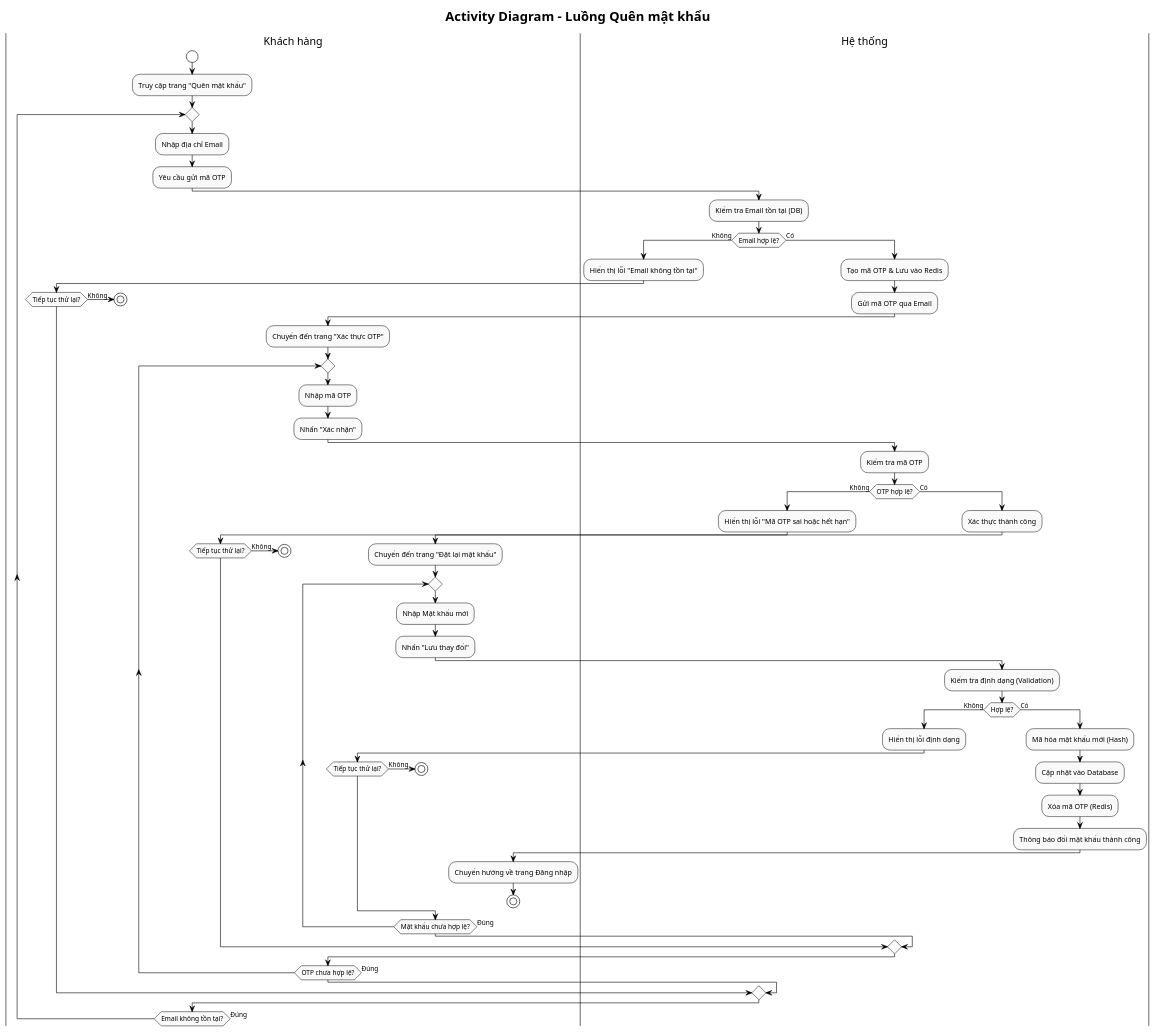
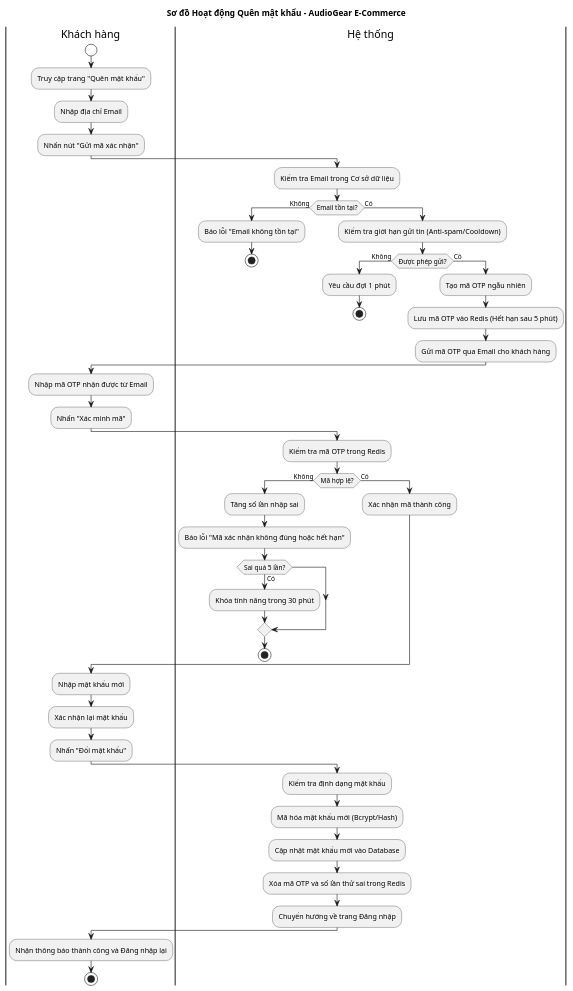
The diagram in src/Account/activity/activity_forgot_password.puml (trihieuvo/justFUML), drawn with PlantUML before and after one commit. The commit also changed 7 other files, not shown here.

First line of the commit message:
Refactor and standardize activity UML diagrams

```diff
--- a/src/Account/activity/activity_forgot_password.puml
+++ b/src/Account/activity/activity_forgot_password.puml
@@ -1,81 +1,63 @@
 @startuml
-!theme plain
-skinparam linetype ortho
-skinparam ActivityBackgroundColor #f9f9f9
-skinparam ActivityBorderColor #333333
+title Sơ đồ Hoạt động Quên mật khẩu - AudioGear E-Commerce
 
-title Activity Diagram - Luồng Quên mật khẩu
+skinparam ActivityStartColor white
+skinparam ActivityEndColor white
 
 |Khách hàng|
 start
 :Truy cập trang "Quên mật khẩu";
+:Nhập địa chỉ Email;
+:Nhấn nút "Gửi mã xác nhận";
 
-repeat
-  :Nhập địa chỉ Email;
-  :Yêu cầu gửi mã OTP;
+|Hệ thống|
+:Kiểm tra Email trong Cơ sở dữ liệu;
+if (Email tồn tại?) then (Không)
+    :Báo lỗi "Email không tồn tại";
+    stop
+else (Có)
+    :Kiểm tra giới hạn gửi tin (Anti-spam/Cooldown);
+    if (Được phép gửi?) then (Không)
+        :Yêu cầu đợi 1 phút;
+        stop
+    else (Có)
+        :Tạo mã OTP ngẫu nhiên;
+        :Lưu mã OTP vào Redis (Hết hạn sau 5 phút);
+        :Gửi mã OTP qua Email cho khách hàng;
+    endif
+endif
 
-  |Hệ thống|
-  :Kiểm tra Email tồn tại (DB);
-  if (Email hợp lệ?) then (Không)
-    :Hiển thị lỗi "Email không tồn tại";
-    |Khách hàng|
-    if (Tiếp tục thử lại?) then (Không)
-      stop
+|Khách hàng|
+:Nhập mã OTP nhận được từ Email;
+:Nhấn "Xác minh mã";
+
+|Hệ thống|
+:Kiểm tra mã OTP trong Redis;
+if (Mã hợp lệ?) then (Không)
+    :Tăng số lần nhập sai;
+    :Báo lỗi "Mã xác nhận không đúng hoặc hết hạn";
+    if (Sai quá 5 lần?) then (Có)
+        :Khóa tính năng trong 30 phút;
     endif
-  else (Có)
-    |Hệ thống|
-    :Tạo mã OTP & Lưu vào Redis;
-    :Gửi mã OTP qua Email;
+    stop
+else (Có)
+    :Xác nhận mã thành công;
+endif
 
-    |Khách hàng|
-    :Chuyển đến trang "Xác thực OTP";
+|Khách hàng|
+:Nhập mật khẩu mới;
+:Xác nhận lại mật khẩu;
+:Nhấn "Đổi mật khẩu";
 
-    repeat
-      :Nhập mã OTP;
-      :Nhấn "Xác nhận";
+|Hệ thống|
+:Kiểm tra định dạng mật khẩu;
+:Mã hóa mật khẩu mới (Bcrypt/Hash);
+:Cập nhật mật khẩu mới vào Database;
+:Xóa mã OTP và số lần thử sai trong Redis;
+:Chuyển hướng về trang Đăng nhập;
 
-      |Hệ thống|
-      :Kiểm tra mã OTP;
-      if (OTP hợp lệ?) then (Không)
-        :Hiển thị lỗi "Mã OTP sai hoặc hết hạn";
-        |Khách hàng|
-        if (Tiếp tục thử lại?) then (Không)
-          stop
-        endif
-      else (Có)
-        |Hệ thống|
-        :Xác thực thành công;
+|Khách hàng|
+:Nhận thông báo thành công và Đăng nhập lại;
 
-        |Khách hàng|
-        :Chuyển đến trang "Đặt lại mật khẩu";
-
-        repeat
-          :Nhập Mật khẩu mới;
-          :Nhấn "Lưu thay đổi";
-
-          |Hệ thống|
-          :Kiểm tra định dạng (Validation);
-          if (Hợp lệ?) then (Không)
-            :Hiển thị lỗi định dạng;
-            |Khách hàng|
-            if (Tiếp tục thử lại?) then (Không)
-              stop
-            endif
-          else (Có)
-            |Hệ thống|
-            :Mã hóa mật khẩu mới (Hash);
-            :Cập nhật vào Database;
-            :Xóa mã OTP (Redis);
-            :Thông báo đổi mật khẩu thành công;
-
-            |Khách hàng|
-            :Chuyển hướng về trang Đăng nhập;
-            stop
-          endif
-        repeat while (Mật khẩu chưa hợp lệ?) is (Đúng)
-      endif
-    repeat while (OTP chưa hợp lệ?) is (Đúng)
-  endif
-repeat while (Email không tồn tại?) is (Đúng)
-
+stop
 @enduml
```
